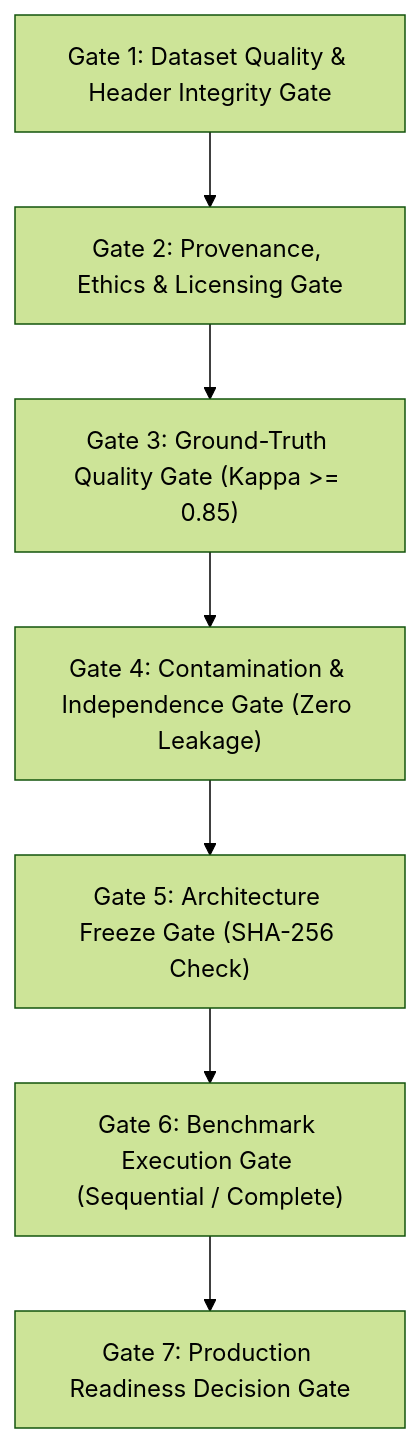
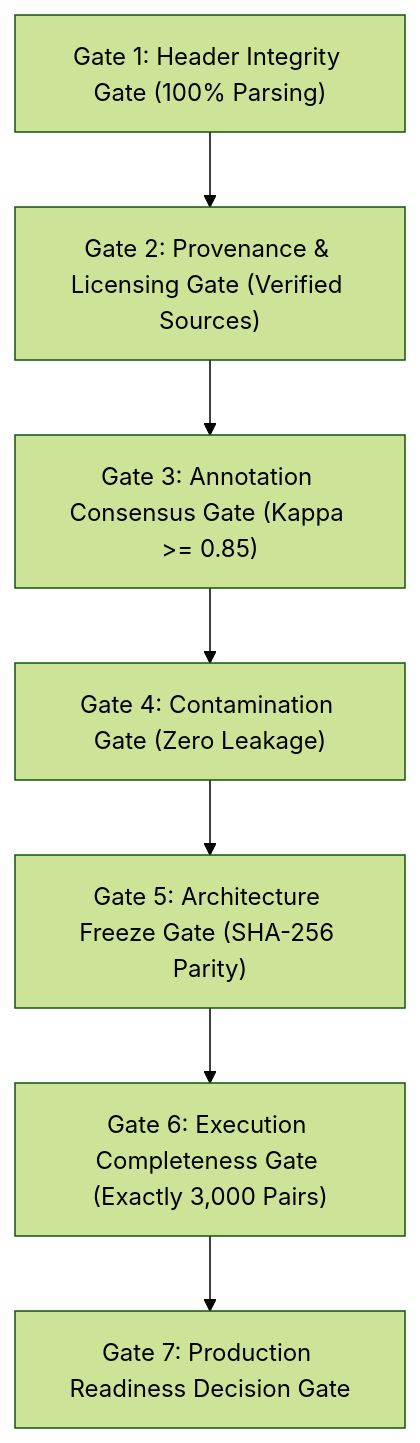
Before and after one commit to siddharthsingh18/IFSI-for-phishing-email-detection: the diagram in results/phase8_independent_evaluation/acceptance_gates.md, drawn with Mermaid (forest theme). The commit also changed other lines of this file and 32 other files, not shown here.

First line of the commit message:
Add Phase 8.0.1 documentation: Independent evaluation tracks, acceptance gate review, dataset cross-tabulation, and source suitability audit

````diff
--- a/results/phase8_independent_evaluation/acceptance_gates.md
+++ b/results/phase8_independent_evaluation/acceptance_gates.md
@@ -9,9 +9,9 @@
 ```mermaid
 flowchart TD
-    G1["Gate 1: Dataset Quality & Header Integrity Gate"] --> G2["Gate 2: Provenance, Ethics & Licensing Gate"]
-    G2 --> G3["Gate 3: Ground-Truth Quality Gate (Kappa >= 0.85)"]
-    G3 --> G4["Gate 4: Contamination & Independence Gate (Zero Leakage)"]
-    G4 --> G5["Gate 5: Architecture Freeze Gate (SHA-256 Check)"]
-    G5 --> G6["Gate 6: Benchmark Execution Gate (Sequential / Complete)"]
+    G1["Gate 1: Header Integrity Gate (100% Parsing)"] --> G2["Gate 2: Provenance & Licensing Gate (Verified Sources)"]
+    G2 --> G3["Gate 3: Annotation Consensus Gate (Kappa >= 0.85)"]
+    G3 --> G4["Gate 4: Contamination Gate (Zero Leakage)"]
+    G4 --> G5["Gate 5: Architecture Freeze Gate (SHA-256 Parity)"]
+    G5 --> G6["Gate 6: Execution Completeness Gate (Exactly 3,000 Pairs)"]
     G6 --> G7["Gate 7: Production Readiness Decision Gate"]
 ```
````
